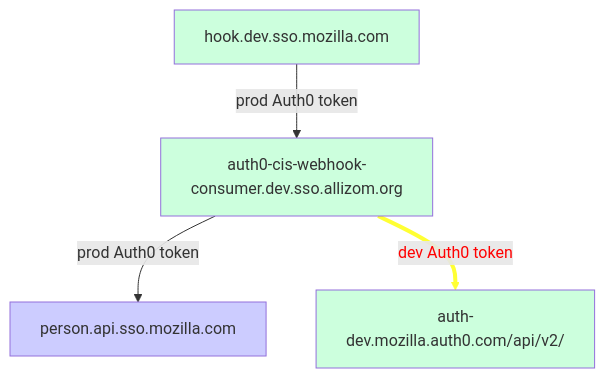
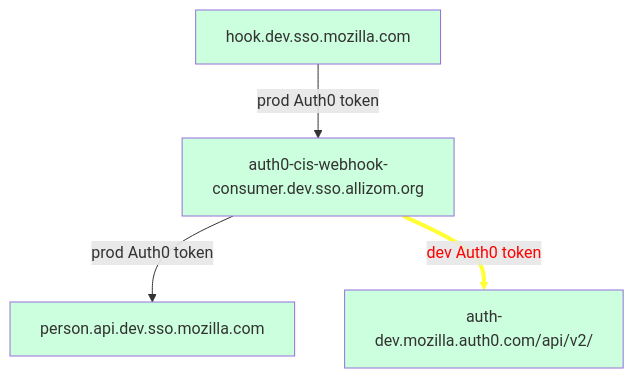
One commit to bheesham/auth0-cis-webhook-consumer changed the second of 3 diagrams in README.md. Above: the diagram before and after it, drawn with Mermaid. The commit also changed 2 other files, not shown here.

Commit message:
Update dev consumer to read from dev PersonAPI

````diff
--- a/README.md
+++ b/README.md
@@ -196,11 +196,11 @@
 ```mermaid
 graph TD
   hook.dev.sso.mozilla.com -->|prod Auth0 token| auth0-cis-webhook-consumer.dev.sso.allizom.org
-  auth0-cis-webhook-consumer.dev.sso.allizom.org-->|prod Auth0 token| person.api.sso.mozilla.com
+  auth0-cis-webhook-consumer.dev.sso.allizom.org-->|prod Auth0 token| person.api.dev.sso.mozilla.com
   auth0-cis-webhook-consumer.dev.sso.allizom.org-->|dev Auth0 token| auth-dev.mozilla.auth0.com/api/v2/
   linkStyle 2 stroke:#ff3,stroke-width:4px,color:red;
   style hook.dev.sso.mozilla.com fill:#cfd
   style auth0-cis-webhook-consumer.dev.sso.allizom.org fill:#cfd
-  style person.api.sso.mozilla.com fill:#ccf
+  style person.api.dev.sso.mozilla.com fill:#cfd
   style auth-dev.mozilla.auth0.com/api/v2/ fill:#cfd
 ```
````
